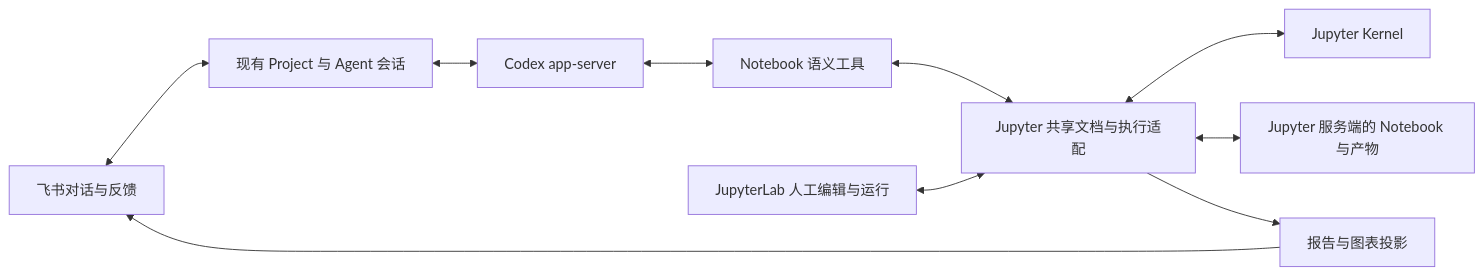
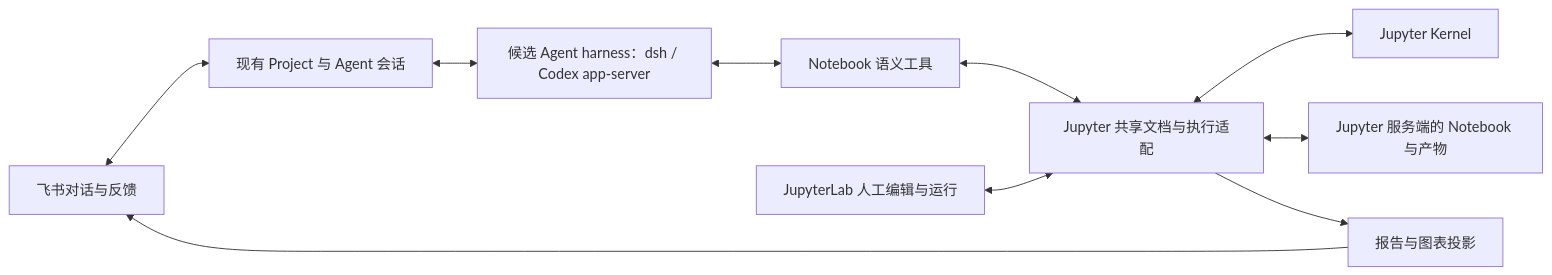
One commit to hs3180/disclaude changed the diagram in docs/designs/jupyter-harness.md. Above: the diagram before and after it, drawn with Mermaid. The commit also changed other lines of this file, not shown here.

Commit message:
docs(jupyter): keep harness choice evidence-based

````diff
--- a/docs/designs/jupyter-harness.md
+++ b/docs/designs/jupyter-harness.md
@@ -27,12 +27,12 @@
 ```mermaid
 flowchart LR
   F[飞书对话与反馈] <--> P[现有 Project 与 Agent 会话]
-  P <--> A[Codex app-server]
+  P <--> A[候选 Agent harness：dsh / Codex app-server]
   A <--> T[Notebook 语义工具]
   T <--> J[Jupyter 共享文档与执行适配]
   H[JupyterLab 人工编辑与运行] <--> J
   J <--> K[Jupyter Kernel]
   J <--> N[Jupyter 服务端的 Notebook 与产物]
   J --> V[报告与图表投影]
   V --> F
 ```
````
